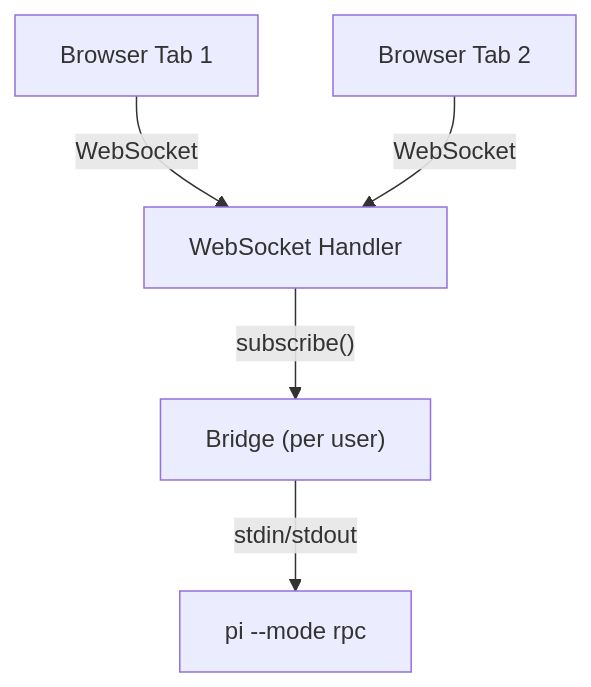
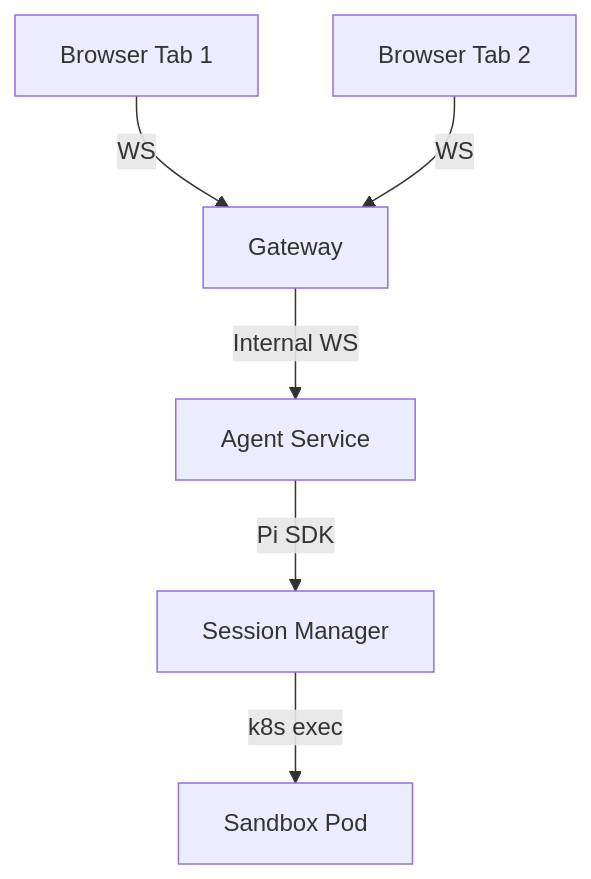
The first of 3 diagrams in docs/architecture/websocket-sessions.md (sigilmakes/goldilocks-app), drawn with Mermaid before and after one commit. The commit also changed other lines of this file and 7 other files, not shown here.

First line of the commit message:
docs: rewrite architecture docs for agent-service topology

````diff
--- a/docs/architecture/websocket-sessions.md
+++ b/docs/architecture/websocket-sessions.md
@@ -7,7 +7,8 @@
 ```mermaid
 graph TD
-    Tab1["Browser Tab 1"] -->|"WebSocket"| WS["WebSocket Handler"]
-    Tab2["Browser Tab 2"] -->|"WebSocket"| WS
-    WS -->|"subscribe()"| Bridge["Bridge (per user)"]
-    Bridge -->|"stdin/stdout"| Pi["pi --mode rpc"]
+    Tab1["Browser Tab 1"] -->|"WS"| GW["Gateway"]
+    Tab2["Browser Tab 2"] -->|"WS"| GW
+    GW -->|"Internal WS"| AS["Agent Service"]
+    AS -->|"Pi SDK"| SM["Session Manager"]
+    SM -->|"k8s exec"| Pod["Sandbox Pod"]
 ```
````
